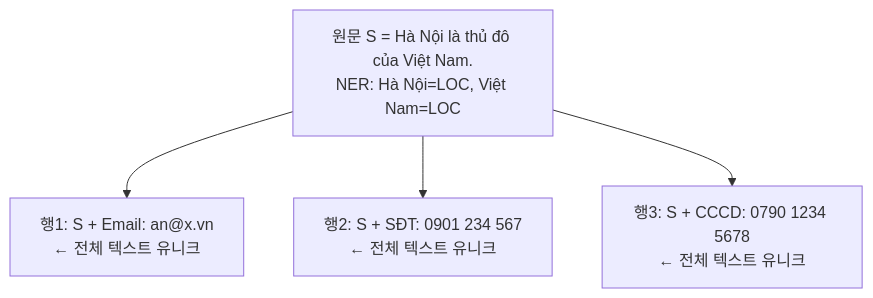
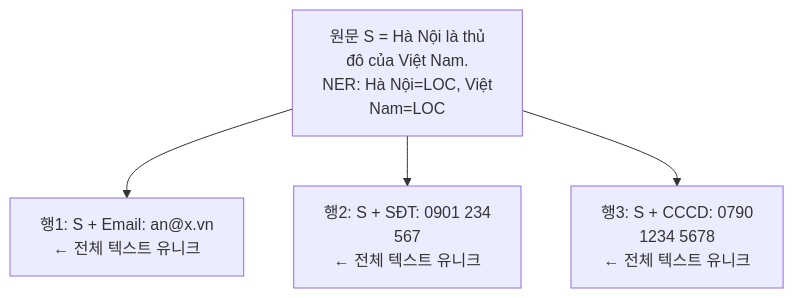
Before and after one commit to groovallstar/ner-pipeline-public: the third of 4 diagrams in docs/manual/pipeline/3-verification.md, drawn with Mermaid. The commit also changed other lines of this file and 7 other files, not shown here.

First line of the commit message:
docs: mermaid CJK 세로 잘림 해소 — 긴 라벨 줄바꿈

````diff
--- a/docs/manual/pipeline/3-verification.md
+++ b/docs/manual/pipeline/3-verification.md
@@ -146,7 +146,7 @@
 ```mermaid
 flowchart TD
-    S["원문 S = Hà Nội là thủ đô của Việt Nam.<br/>NER: Hà Nội=LOC, Việt Nam=LOC"]
+    S["원문 S = Hà Nội là thủ<br/>đô của Việt Nam.<br/>NER: Hà Nội=LOC, Việt<br/>Nam=LOC"]
     S --> R1["행1: S + Email: an@x.vn<br/>← 전체 텍스트 유니크"]
-    S --> R2["행2: S + SĐT: 0901 234 567<br/>← 전체 텍스트 유니크"]
-    S --> R3["행3: S + CCCD: 0790 1234 5678<br/>← 전체 텍스트 유니크"]
+    S --> R2["행2: S + SĐT: 0901 234<br/>567<br/>← 전체 텍스트 유니크"]
+    S --> R3["행3: S + CCCD: 0790<br/>1234 5678<br/>← 전체 텍스트 유니크"]
 ```
````
